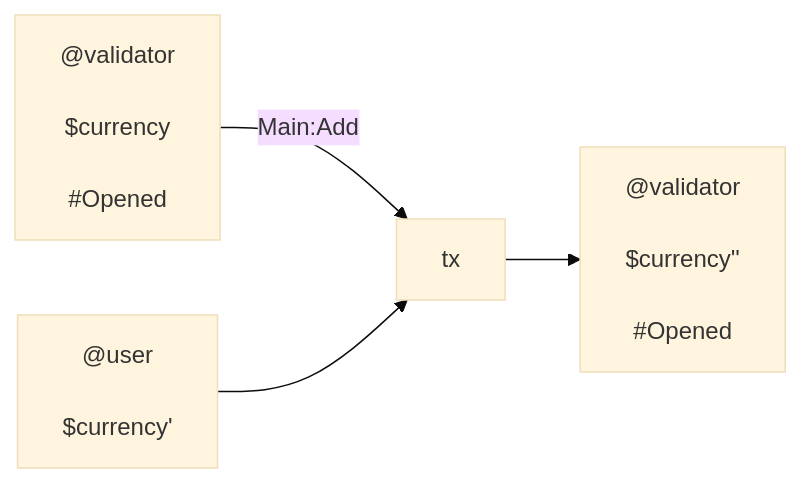
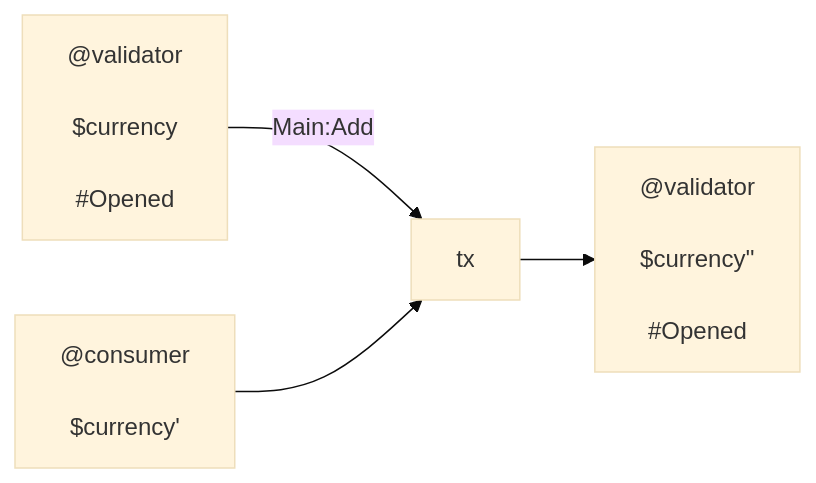
The third of 12 diagrams in docs/design/requirements/31_kernel.md (cardano-lightning/konduit), drawn with Mermaid (base theme) before and after one commit. The commit also changed other lines of this file and 4 other files, not shown here.

````diff
--- a/docs/design/requirements/31_kernel.md
+++ b/docs/design/requirements/31_kernel.md
@@ -678,24 +680,24 @@
 ```mermaid
 flowchart LR
     i_channel["
       @validator \n
       $currency \n
       #Opened
     "]
 
-    i_user["
-      @user \n
+    i_consumer["
+      @consumer \n
       $currency' \n
     "]
 
     m["tx"]
 
     o_channel["
       @validator \n
       $currency'' \n
       #Opened
     "]
 
     i_channel -->|Main:Add| m --> o_channel
-    i_user --> m
+    i_consumer --> m
 ```
````
